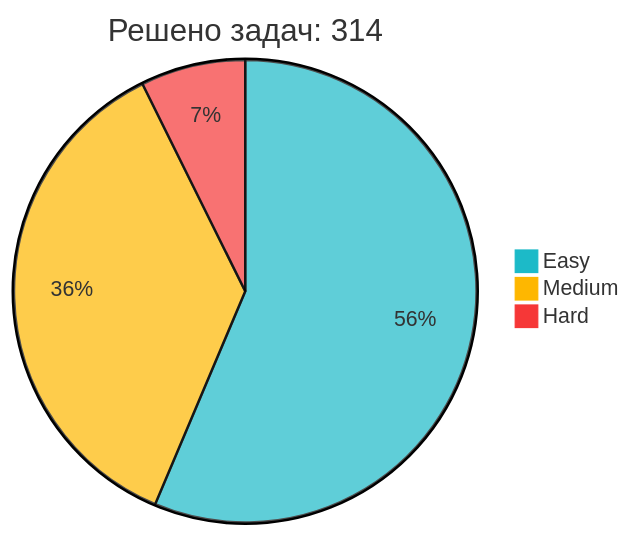
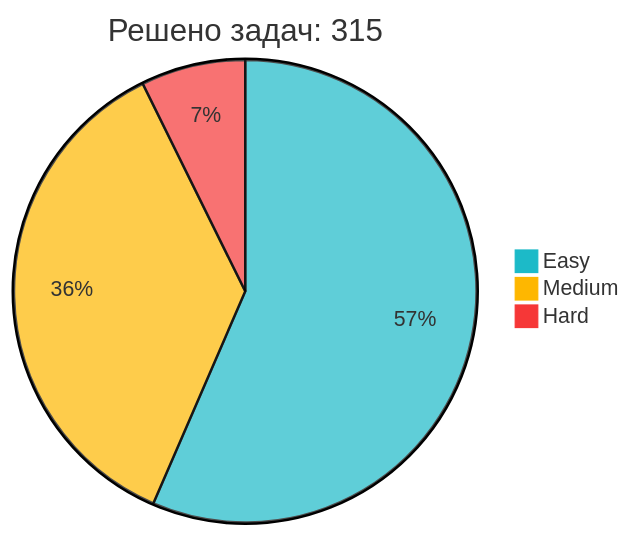
One commit to IliaKurdukov/IliaKurdukov changed the diagram in README.md. Above: the diagram before and after it, drawn with Mermaid. The commit also changed other lines of this file, not shown here.

Commit message:
📈 Обновление статистики LeetCode

````diff
--- a/README.md
+++ b/README.md
@@ -51,7 +51,7 @@
 ```mermaid
 %%{init: {'theme': 'base', 'themeVariables': { 'pie1': '#1CBAC8', 'pie2': '#FEB700', 'pie3': '#F63737' }, 'config': {'width': 300, 'height': 200}}}%%
-pie title Решено задач: 314
-   "Easy" : 177
+pie title Решено задач: 315
+   "Easy" : 178
    "Medium" : 114
    "Hard" : 23
 ```
````
